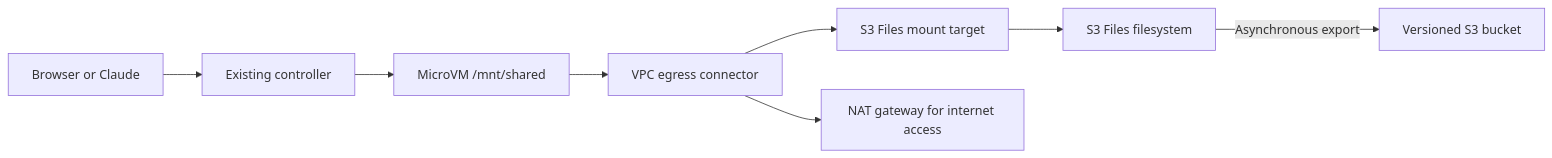
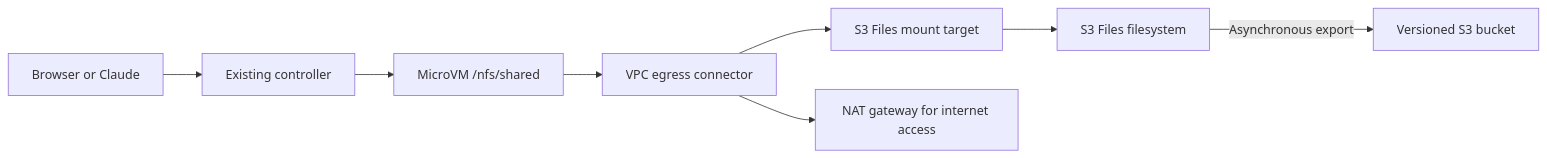
The diagram in STORAGE.md (mamonaco1973/aws-lambda-microvms), drawn with Mermaid before and after one commit. The commit also changed other lines of this file and 3 other files, not shown here.

Commit message:
Mount shared storage at /nfs/shared and list it in the preset

````diff
--- a/STORAGE.md
+++ b/STORAGE.md
@@ -7,10 +7,10 @@
 ```mermaid
 flowchart LR
     Browser[Browser or Claude] --> API[Existing controller]
-    API --> VM[MicroVM /mnt/shared]
+    API --> VM[MicroVM /nfs/shared]
     VM --> Connector[VPC egress connector]
     Connector --> NFS[S3 Files mount target]
     NFS --> FS[S3 Files filesystem]
     FS -->|Asynchronous export| S3[Versioned S3 bucket]
     Connector --> NAT[NAT gateway for internet access]
 ```
````
